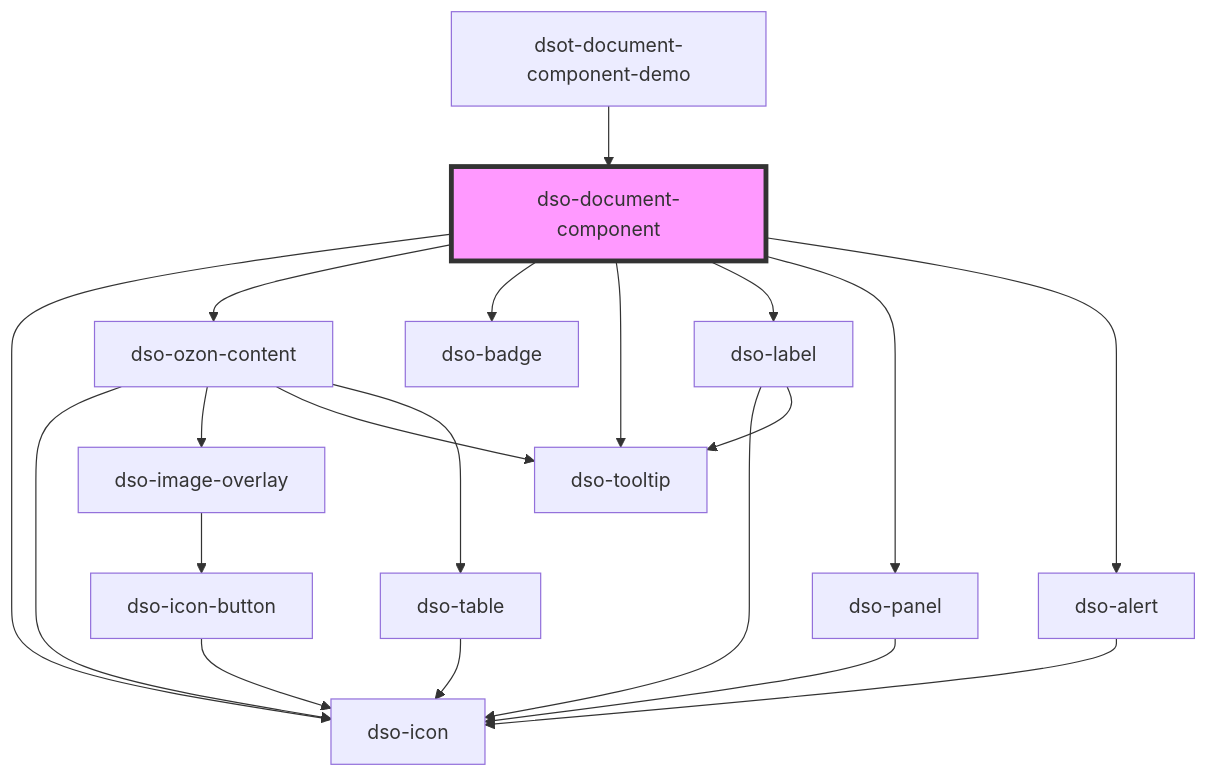
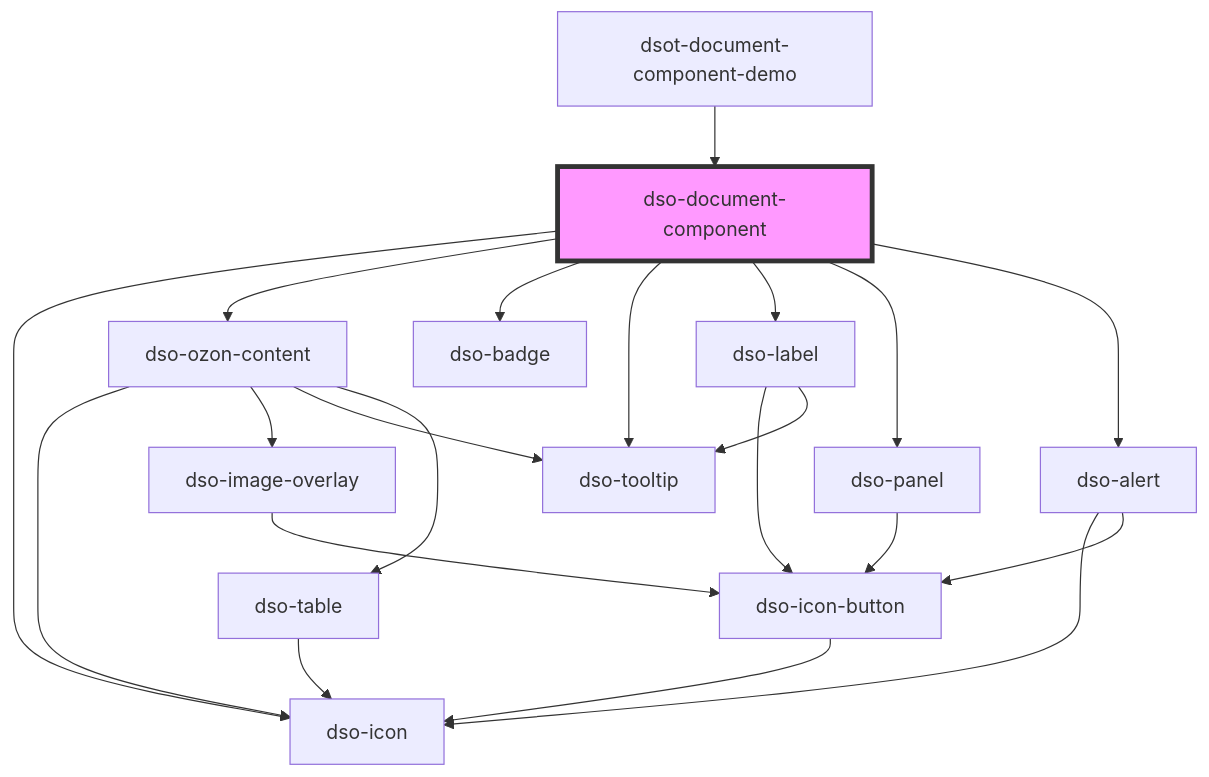
One commit to dso-toolkit/dso-toolkit changed the diagram in packages/core/src/components/document-component/readme.md. Above: the diagram before and after it, drawn with Mermaid. The commit also changed 48 other files, not shown here.

Commit message:
#2315 [Added] Icon button: Replace all buttons with icon-only with the icon-button component

````diff
--- a/packages/core/src/components/document-component/readme.md
+++ b/packages/core/src/components/document-component/readme.md
@@ -74,23 +74,24 @@
 ```mermaid
 graph TD;
   dso-document-component --> dso-icon
   dso-document-component --> dso-ozon-content
   dso-document-component --> dso-badge
   dso-document-component --> dso-tooltip
   dso-document-component --> dso-label
   dso-document-component --> dso-panel
   dso-document-component --> dso-alert
   dso-ozon-content --> dso-icon
   dso-ozon-content --> dso-image-overlay
   dso-ozon-content --> dso-tooltip
   dso-ozon-content --> dso-table
   dso-image-overlay --> dso-icon-button
   dso-icon-button --> dso-icon
   dso-table --> dso-icon
-  dso-label --> dso-icon
+  dso-label --> dso-icon-button
   dso-label --> dso-tooltip
-  dso-panel --> dso-icon
+  dso-panel --> dso-icon-button
   dso-alert --> dso-icon
+  dso-alert --> dso-icon-button
   dsot-document-component-demo --> dso-document-component
   style dso-document-component fill:#f9f,stroke:#333,stroke-width:4px
 ```
````
